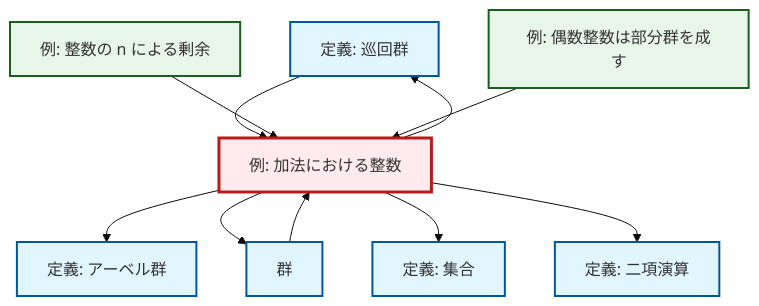
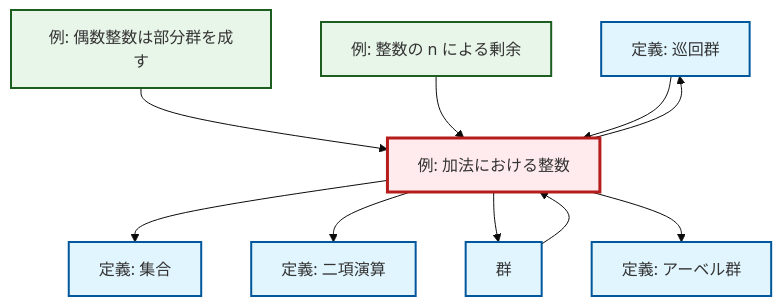
The diagram in content/ja/algebra/ex-integers-addition.qmd (RK0429/ModernMath), drawn with Mermaid (base theme) before and after one commit. The commit also changed other lines of this file and 328 other files, not shown here.

````diff
--- a/content/ja/algebra/ex-integers-addition.qmd
+++ b/content/ja/algebra/ex-integers-addition.qmd
@@ -74,34 +74,34 @@
 ```{mermaid}
 %%| fig-cap: "ローカル依存関係グラフ"
 graph TD
     classDef definition fill:#e1f5fe,stroke:#01579b,stroke-width:2px
     classDef theorem fill:#f3e5f5,stroke:#4a148c,stroke-width:2px
     classDef axiom fill:#fff3e0,stroke:#e65100,stroke-width:2px
     classDef example fill:#e8f5e9,stroke:#1b5e20,stroke-width:2px
     classDef current fill:#ffebee,stroke:#b71c1c,stroke-width:3px
+    def-cyclic-group["定義: 巡回群"]:::definition
+    ex-even-integers-subgroup["例: 偶数整数は部分群を成す"]:::example
+    def-abelian-group["定義: アーベル群"]:::definition
+    ex-quotient-integers-mod-n["例: 整数の n による剰余"]:::example
     def-set["定義: 集合"]:::definition
-    def-cyclic-group["定義: 巡回群"]:::definition
+    def-group["群"]:::definition
     def-binary-operation["定義: 二項演算"]:::definition
     ex-integers-addition["例: 加法における整数"]:::example
-    ex-quotient-integers-mod-n["例: 整数の n による剰余"]:::example
-    def-group["群"]:::definition
-    ex-even-integers-subgroup["例: 偶数整数は部分群を成す"]:::example
-    def-abelian-group["定義: アーベル群"]:::definition
+    ex-integers-addition --> def-set
+    ex-even-integers-subgroup --> ex-integers-addition
+    def-group --> ex-integers-addition
+    ex-integers-addition --> def-cyclic-group
+    ex-integers-addition --> def-binary-operation
+    ex-integers-addition --> def-group
     ex-integers-addition --> def-abelian-group
-    ex-integers-addition --> def-group
+    ex-quotient-integers-mod-n --> ex-integers-addition
     def-cyclic-group --> ex-integers-addition
-    ex-quotient-integers-mod-n --> ex-integers-addition
-    ex-even-integers-subgroup --> ex-integers-addition
-    ex-integers-addition --> def-cyclic-group
-    def-group --> ex-integers-addition
-    ex-integers-addition --> def-set
-    ex-integers-addition --> def-binary-operation
     class ex-integers-addition current
-    click def-set "def-set.html" "集合の定義へ"
     click def-cyclic-group "def-cyclic-group.html" "巡回群の定義へ"
-    click def-binary-operation "def-binary-operation.html" "二項演算の定義へ"
-    click ex-quotient-integers-mod-n "ex-quotient-integers-mod-n.html" "整数の n による剰余の例へ"
-    click def-group "def-group.html" "群へ"
     click ex-even-integers-subgroup "ex-even-integers-subgroup.html" "偶数整数は部分群を成すの例へ"
     click def-abelian-group "def-abelian-group.html" "アーベル群の定義へ"
+    click ex-quotient-integers-mod-n "ex-quotient-integers-mod-n.html" "整数の n による剰余の例へ"
+    click def-set "def-set.html" "集合の定義へ"
+    click def-group "def-group.html" "群へ"
+    click def-binary-operation "def-binary-operation.html" "二項演算の定義へ"
 ```
````
